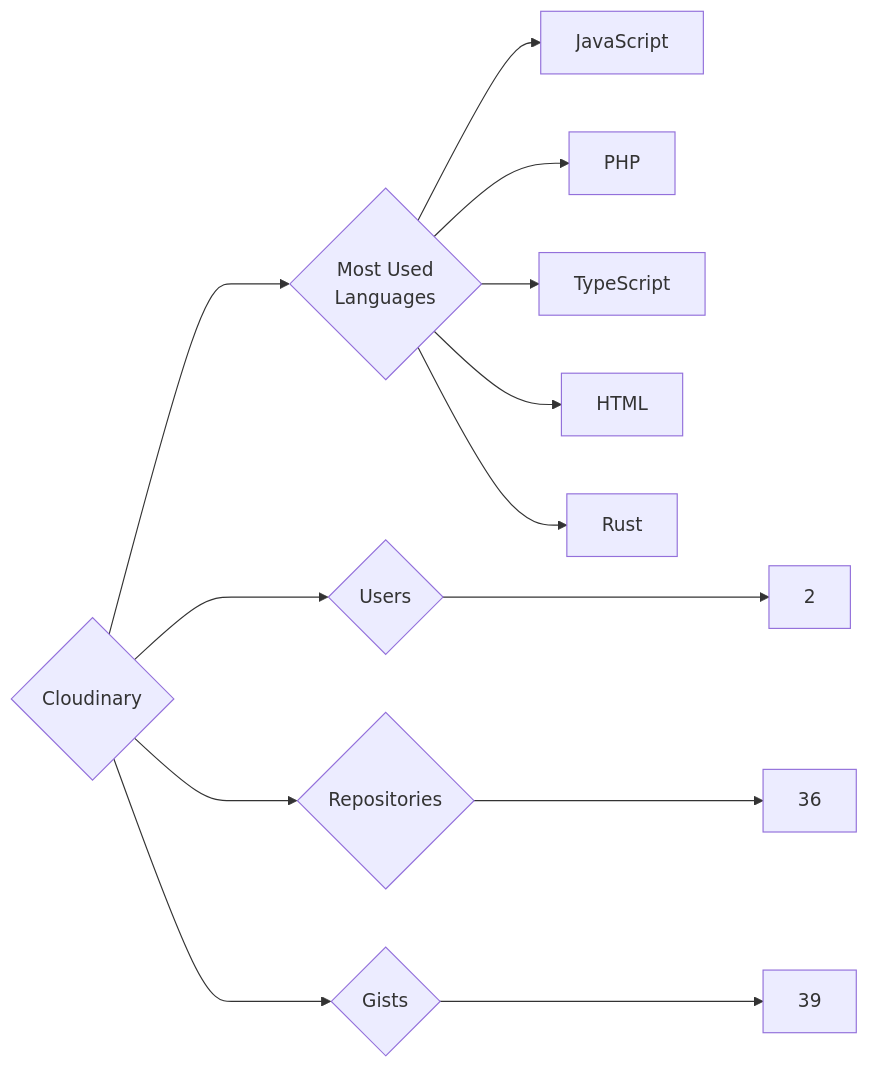
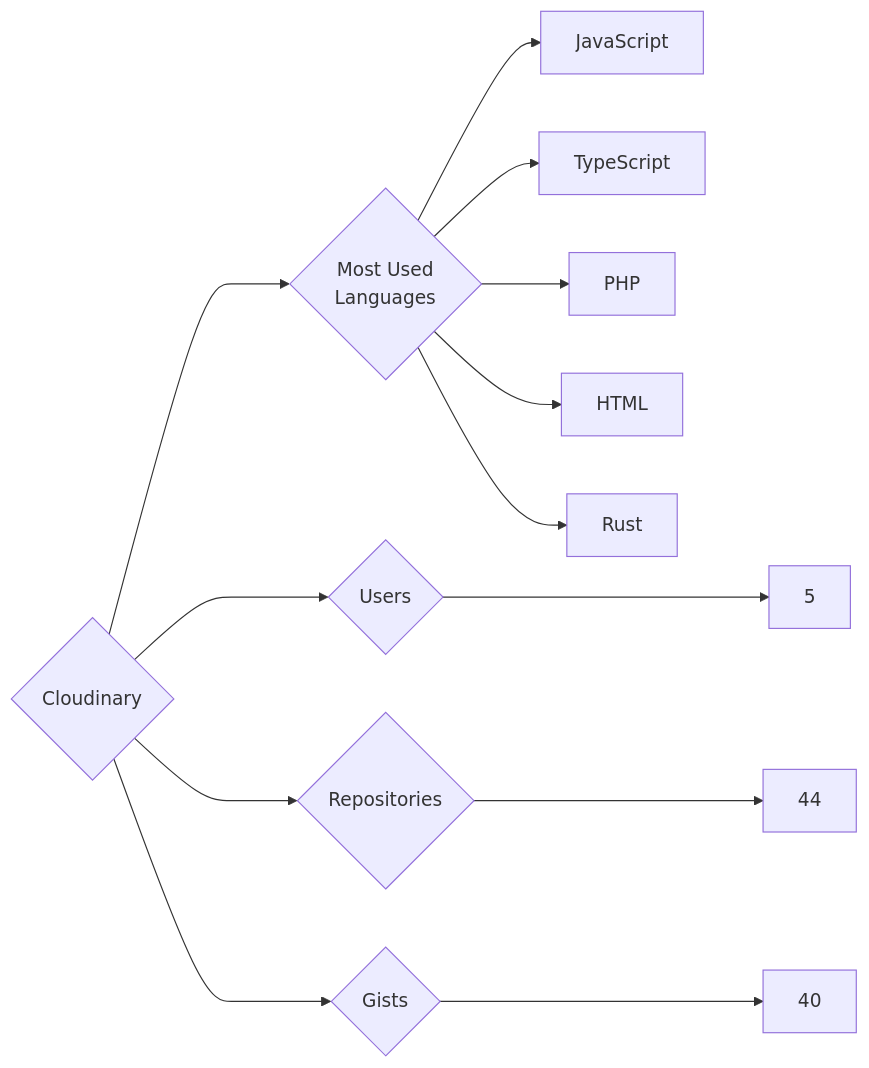
Before and after one commit to trickest/insiders: the diagram in targets/Cloudinary/README.md, drawn with Mermaid. The commit also changed 657 other files, not shown here.

````diff
--- a/targets/Cloudinary/README.md
+++ b/targets/Cloudinary/README.md
@@ -3,13 +3,13 @@
 ```mermaid
 graph LR
 COMPANY_NAME{Cloudinary}
-COMPANY_NAME ---> U{Users} ---> UN[2]
-COMPANY_NAME ---> R{Repositories} ---> RN[36]
-COMPANY_NAME ---> G{Gists} ---> GN[39]
+COMPANY_NAME ---> U{Users} ---> UN[5]
+COMPANY_NAME ---> R{Repositories} ---> RN[44]
+COMPANY_NAME ---> G{Gists} ---> GN[40]
 COMPANY_NAME ---> ML{Most Used<br>Languages}
 ML --> JavaScript[JavaScript]
+ML --> TypeScript[TypeScript]
 ML --> PHP[PHP]
-ML --> TypeScript[TypeScript]
 ML --> HTML[HTML]
 ML --> Rust[Rust]
 ```
````
